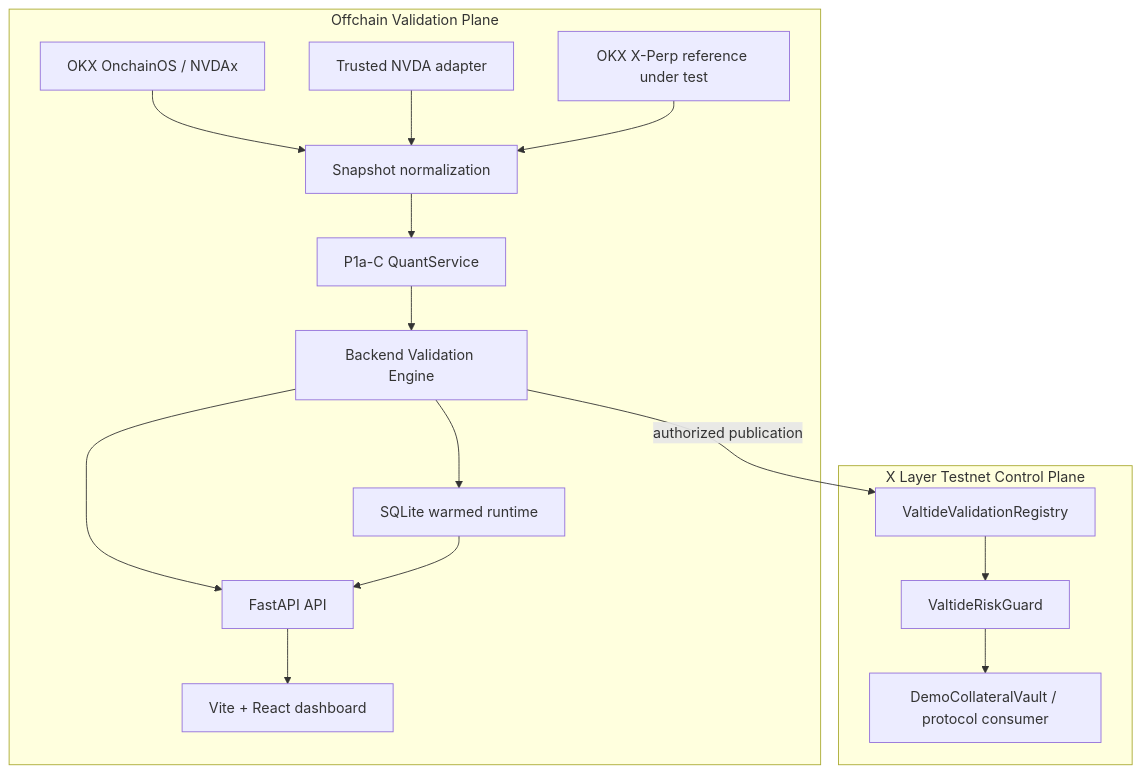
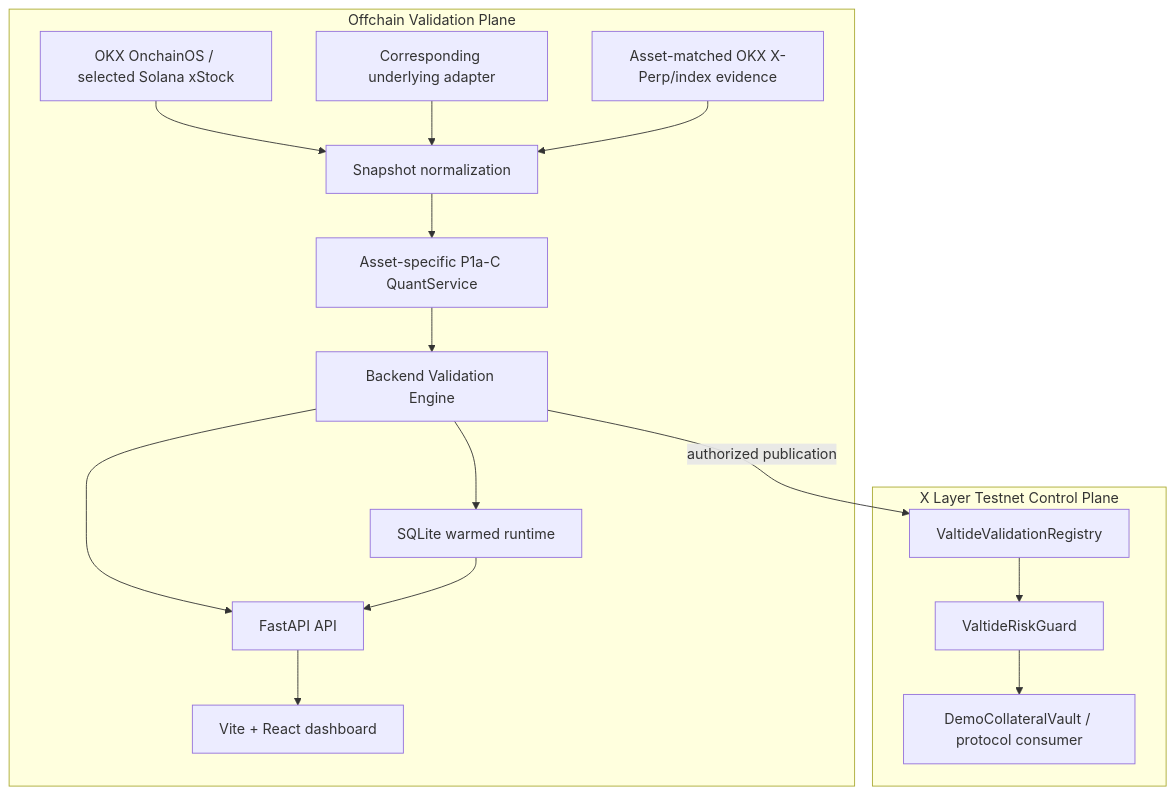
One commit to chin0312/valtide changed the diagram in docs/ARCHITECTURE.md. Above: the diagram before and after it, drawn with Mermaid. The commit also changed other lines of this file and 46 other files, not shown here.

````diff
--- a/docs/ARCHITECTURE.md
+++ b/docs/ARCHITECTURE.md
@@ -45,34 +46,34 @@
 ```mermaid
 flowchart TB
     subgraph OFFCHAIN["Offchain Validation Plane"]
-        OKX[OKX OnchainOS / NVDAx]
-        UNDERLYING[Trusted NVDA adapter]
-        REF[OKX X-Perp reference under test]
+        OKX[OKX OnchainOS / selected Solana xStock]
+        UNDERLYING[Corresponding underlying adapter]
+        REF[Asset-matched OKX X-Perp/index evidence]
         NORMALIZE[Snapshot normalization]
-        QUANT[P1a-C QuantService]
+        QUANT[Asset-specific P1a-C QuantService]
         VALIDATE[Backend Validation Engine]
         STORE[SQLite warmed runtime]
         API[FastAPI API]
         WEB[Vite + React dashboard]
 
         OKX --> NORMALIZE
         UNDERLYING --> NORMALIZE
         REF --> NORMALIZE
         NORMALIZE --> QUANT
         QUANT --> VALIDATE
         VALIDATE --> STORE
         VALIDATE --> API
         STORE --> API
         API --> WEB
     end
 
     subgraph XLAYER["X Layer Testnet Control Plane"]
         REGISTRY[ValtideValidationRegistry]
         GUARD[ValtideRiskGuard]
         CONSUMER[DemoCollateralVault / protocol consumer]
         REGISTRY --> GUARD
         GUARD --> CONSUMER
     end
 
     VALIDATE -->|authorized publication| REGISTRY
 ```
````
